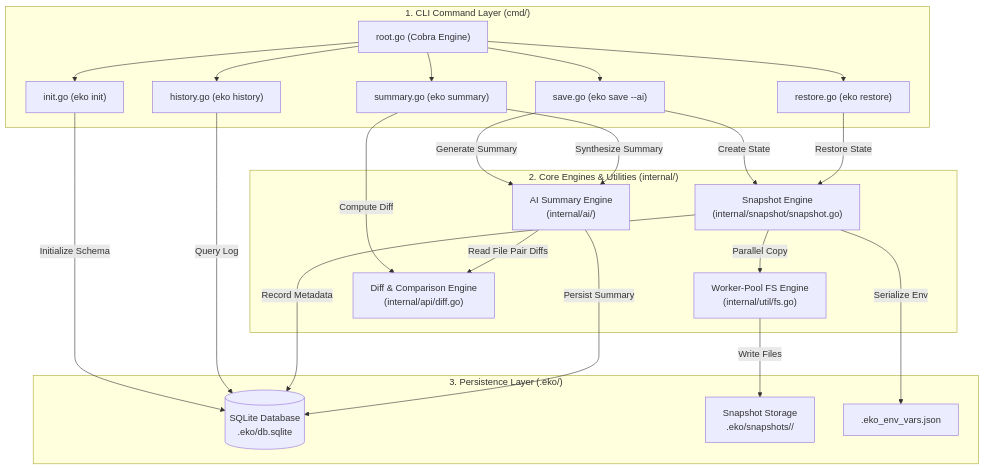
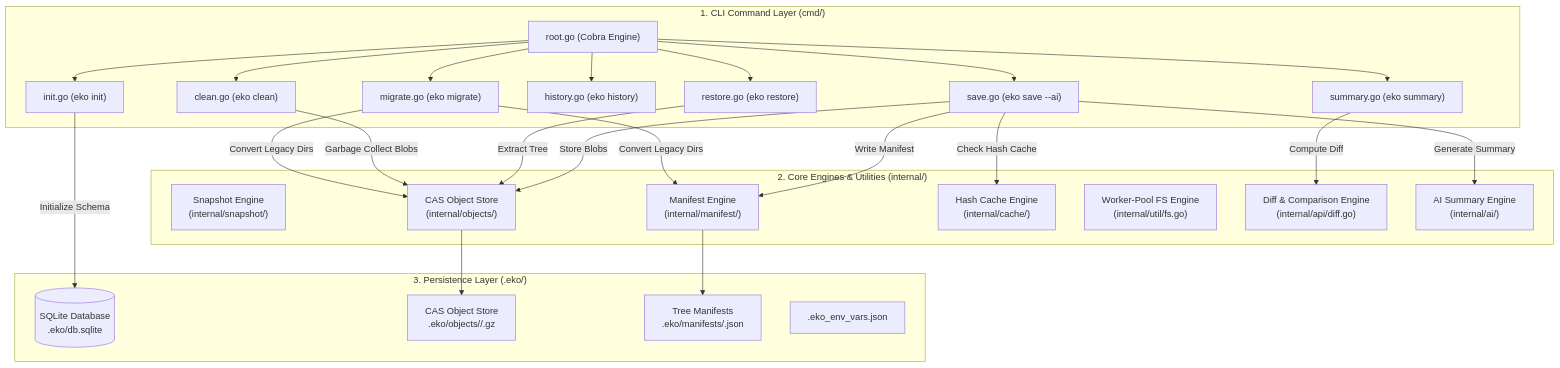
One commit to UmairAhmedImran/eko changed the first of 4 diagrams in docs/docs/architecture.md. Above: the diagram before and after it, drawn with Mermaid. The commit also changed other lines of this file and 1 other file, not shown here.

Commit message:
docs: update Docusaurus site files (cli-reference.md & architecture.md) for CAS engine

````diff
--- a/docs/docs/architecture.md
+++ b/docs/docs/architecture.md
@@ -24,45 +27,42 @@
 ```mermaid
 graph TD
     subgraph CLI ["1. CLI Command Layer (cmd/)"]
         RootCmd["root.go (Cobra Engine)"]
         InitCmd["init.go (eko init)"]
         SaveCmd["save.go (eko save --ai)"]
         RestoreCmd["restore.go (eko restore)"]
         HistoryCmd["history.go (eko history)"]
         SummaryCmd["summary.go (eko summary)"]
+        CleanCmd["clean.go (eko clean)"]
+        MigrateCmd["migrate.go (eko migrate)"]
     end
 
     subgraph Core ["2. Core Engines & Utilities (internal/)"]
-        SnapshotEng["Snapshot Engine\n(internal/snapshot/snapshot.go)"]
+        SnapshotEng["Snapshot Engine\n(internal/snapshot/)"]
+        CASEngine["CAS Object Store\n(internal/objects/)"]
+        ManifestEngine["Manifest Engine\n(internal/manifest/)"]
+        CacheEngine["Hash Cache Engine\n(internal/cache/)"]
         FSEngine["Worker-Pool FS Engine\n(internal/util/fs.go)"]
         DiffEngine["Diff & Comparison Engine\n(internal/api/diff.go)"]
         AIEngine["AI Summary Engine\n(internal/ai/)"]
     end
 
     subgraph Storage ["3. Persistence Layer (.eko/)"]
         SQLiteDB[("SQLite Database\n.eko/db.sqlite")]
-        SnapshotDir["Snapshot Storage\n.eko/snapshots/<id>/"]
+        CASObjects["CAS Object Store\n.eko/objects/<prefix>/<hash>.gz"]
+        Manifests["Tree Manifests\n.eko/manifests/<id>.json"]
         EnvState[".eko_env_vars.json"]
     end
 
-    RootCmd --> InitCmd
-    RootCmd --> SaveCmd
-    RootCmd --> RestoreCmd
-    RootCmd --> HistoryCmd
-    RootCmd --> SummaryCmd
+    RootCmd --> InitCmd & SaveCmd & RestoreCmd & HistoryCmd & SummaryCmd & CleanCmd & MigrateCmd
 
     InitCmd -->|Initialize Schema| SQLiteDB
-    SaveCmd -->|Create State| SnapshotEng
+    SaveCmd -->|Check Hash Cache| CacheEngine
+    SaveCmd -->|Store Blobs| CASEngine --> CASObjects
+    SaveCmd -->|Write Manifest| ManifestEngine --> Manifests
     SaveCmd -->|Generate Summary| AIEngine
-    RestoreCmd -->|Restore State| SnapshotEng
-    HistoryCmd -->|Query Log| SQLiteDB
+    RestoreCmd -->|Extract Tree| CASEngine
+    CleanCmd -->|Garbage Collect Blobs| CASEngine
+    MigrateCmd -->|Convert Legacy Dirs| CASEngine & ManifestEngine
     SummaryCmd -->|Compute Diff| DiffEngine
-    SummaryCmd -->|Synthesize Summary| AIEngine
-
-    SnapshotEng -->|Parallel Copy| FSEngine
-    SnapshotEng -->|Record Metadata| SQLiteDB
-    FSEngine -->|Write Files| SnapshotDir
-    SnapshotEng -->|Serialize Env| EnvState
-    AIEngine -->|Read File Pair Diffs| DiffEngine
-    AIEngine -->|Persist Summary| SQLiteDB
 ```
````
